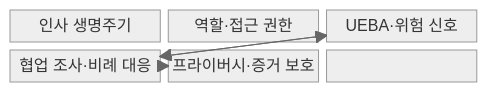
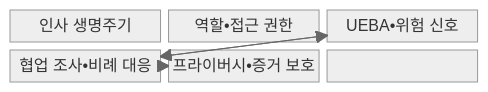
One commit to agnusdei1207/knowledge-base changed the first of 2 diagrams in src/content/docs/notes/05-security/113_insider_threat_management.md. Above: the diagram before and after it, drawn with Mermaid (neutral theme). The commit also changed other lines of this file and 953 other files, not shown here.

````diff
--- a/src/content/docs/notes/05-security/113_insider_threat_management.md
+++ b/src/content/docs/notes/05-security/113_insider_threat_management.md
@@ -66,13 +66,13 @@
 ```mermaid
 block
   columns 3
   H["인사 생명주기"]
-  R["역할·접근 권한"]
-  B["UEBA·위험 신호"]
-  I["협업 조사·비례 대응"]
-  P["프라이버시·증거 보호"]
+  R["역할•접근 권한"]
+  B["UEBA•위험 신호"]
+  I["협업 조사•비례 대응"]
+  P["프라이버시•증거 보호"]
   H --> R --> B
   B --> I
   P --> I
   I --> B
 ```
````
